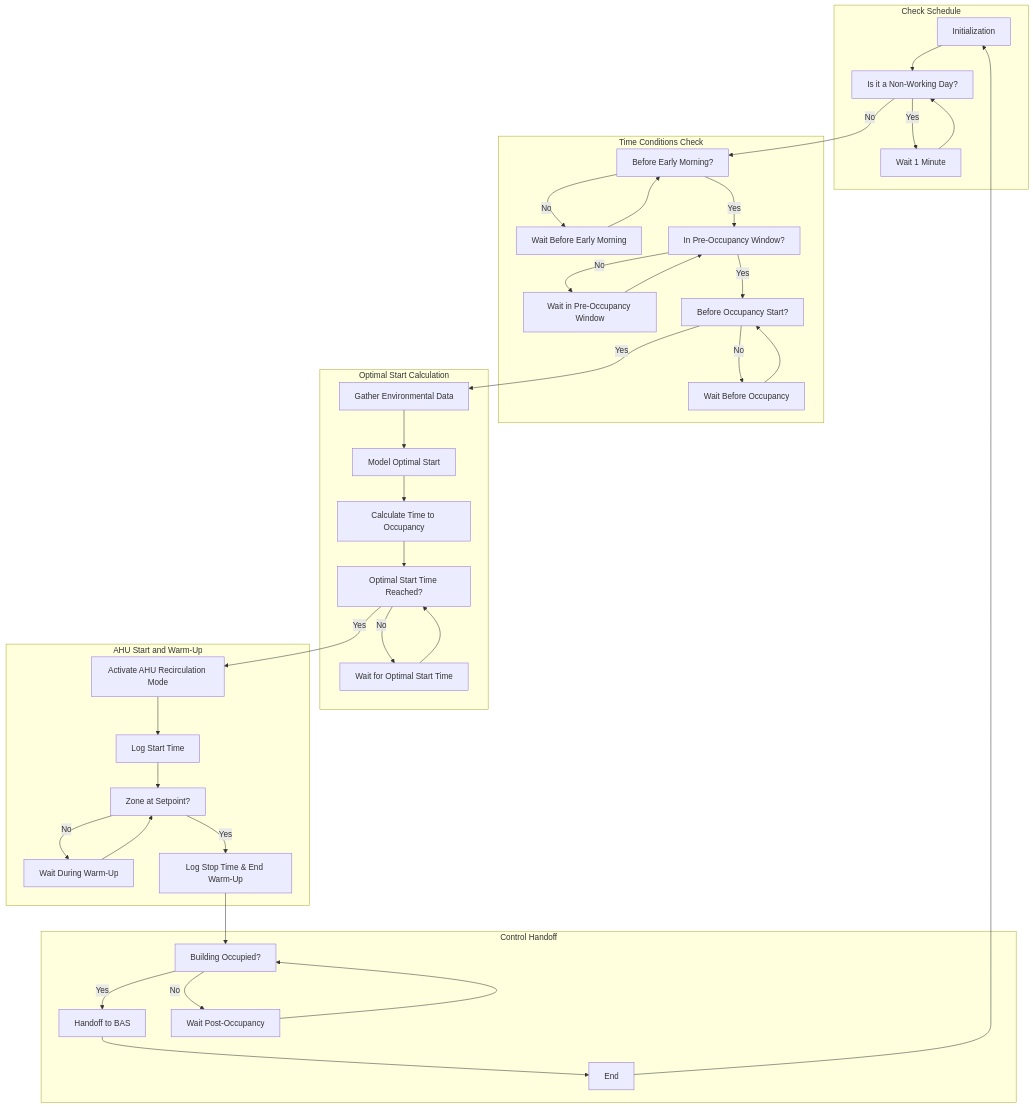
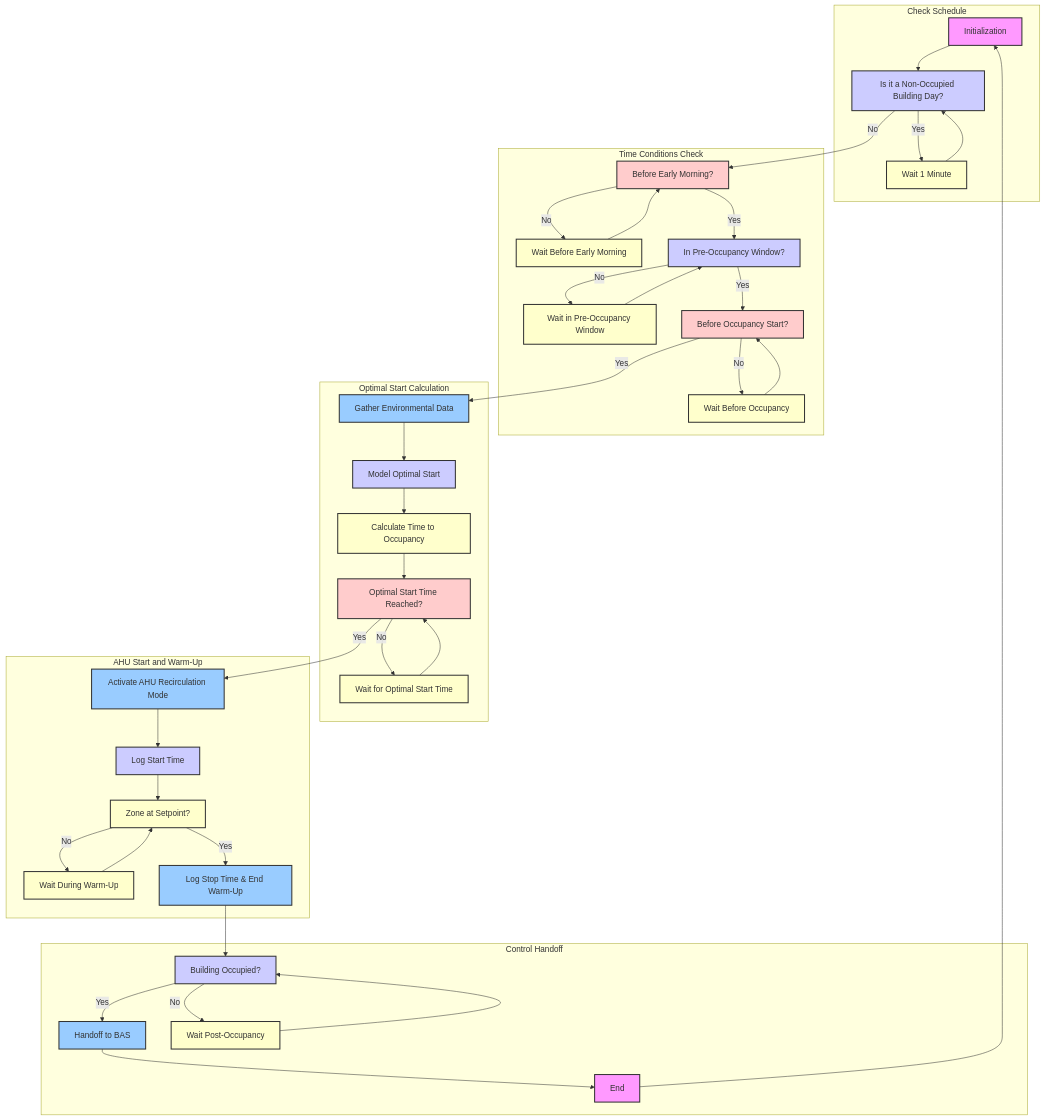
Before and after one commit to bbartling/OptimalStartStopHvac: the diagram in OptimalStartStop/README.md, drawn with Mermaid. The commit also changed 2 other files, not shown here.

Commit message:
upadated mermaid diagrams

````diff
--- a/OptimalStartStop/README.md
+++ b/OptimalStartStop/README.md
@@ -10,52 +10,83 @@
 ```mermaid
 graph TD
 
-    subgraph CheckSchedule["Check Schedule"]
-        Initialization[Initialization] --> NonWorkingDayCheck["Is it a Non-Working Day?"]
-        NonWorkingDayCheck -->|Yes| WaitNonWorking["Wait 1 Minute"]
-        WaitNonWorking --> NonWorkingDayCheck
-    end
+%% Check Schedule Subgraph
+subgraph CheckSchedule["Check Schedule"]
+    Initialization[Initialization] --> NonWorkingDayCheck["Is it a Non-Occupied Building Day?"]
+    NonWorkingDayCheck -->|Yes| WaitNonWorking["Wait 1 Minute"]
+    WaitNonWorking --> NonWorkingDayCheck
+end
 
-    subgraph TimeConditionsCheck["Time Conditions Check"]
-        NonWorkingDayCheck -->|No| BeforeEarlyMorningCheck["Before Early Morning?"]
-        BeforeEarlyMorningCheck -->|No| WaitBeforeEarlyMorning["Wait Before Early Morning"]
-        WaitBeforeEarlyMorning --> BeforeEarlyMorningCheck
+%% Time Conditions Check Subgraph
+subgraph TimeConditionsCheck["Time Conditions Check"]
+    NonWorkingDayCheck -->|No| BeforeEarlyMorningCheck["Before Early Morning?"]
+    BeforeEarlyMorningCheck -->|No| WaitBeforeEarlyMorning["Wait Before Early Morning"]
+    WaitBeforeEarlyMorning --> BeforeEarlyMorningCheck
 
-        BeforeEarlyMorningCheck -->|Yes| PreOccupancyWindowCheck["In Pre-Occupancy Window?"]
-        PreOccupancyWindowCheck -->|No| WaitPreOccupancyWindow["Wait in Pre-Occupancy Window"]
-        WaitPreOccupancyWindow --> PreOccupancyWindowCheck
+    BeforeEarlyMorningCheck -->|Yes| PreOccupancyWindowCheck["In Pre-Occupancy Window?"]
+    PreOccupancyWindowCheck -->|No| WaitPreOccupancyWindow["Wait in Pre-Occupancy Window"]
+    WaitPreOccupancyWindow --> PreOccupancyWindowCheck
 
-        PreOccupancyWindowCheck -->|Yes| BeforeOccupancyStartCheck["Before Occupancy Start?"]
-        BeforeOccupancyStartCheck -->|No| WaitBeforeOccupancy["Wait Before Occupancy"]
-        WaitBeforeOccupancy --> BeforeOccupancyStartCheck
-    end
+    PreOccupancyWindowCheck -->|Yes| BeforeOccupancyStartCheck["Before Occupancy Start?"]
+    BeforeOccupancyStartCheck -->|No| WaitBeforeOccupancy["Wait Before Occupancy"]
+    WaitBeforeOccupancy --> BeforeOccupancyStartCheck
+end
 
-    subgraph OptimalStartCalculation["Optimal Start Calculation"]
-        BeforeOccupancyStartCheck -->|Yes| GatherEnvironmentalData["Gather Environmental Data"]
-        GatherEnvironmentalData --> ModelOptimalStart["Model Optimal Start"]
-        ModelOptimalStart --> CalculateTimeToOccupancy["Calculate Time to Occupancy"]
-        CalculateTimeToOccupancy --> OptimalStartTimeReachedCheck["Optimal Start Time Reached?"]
-        OptimalStartTimeReachedCheck -->|No| WaitOptimalStartTime["Wait for Optimal Start Time"]
-        WaitOptimalStartTime --> OptimalStartTimeReachedCheck
-    end
+%% Optimal Start Calculation Subgraph
+subgraph OptimalStartCalculation["Optimal Start Calculation"]
+    BeforeOccupancyStartCheck -->|Yes| GatherEnvironmentalData["Gather Environmental Data"]
+    GatherEnvironmentalData --> ModelOptimalStart["Model Optimal Start"]
+    ModelOptimalStart --> CalculateTimeToOccupancy["Calculate Time to Occupancy"]
+    CalculateTimeToOccupancy --> OptimalStartTimeReachedCheck["Optimal Start Time Reached?"]
+    OptimalStartTimeReachedCheck -->|No| WaitOptimalStartTime["Wait for Optimal Start Time"]
+    WaitOptimalStartTime --> OptimalStartTimeReachedCheck
+end
 
-    subgraph AHUStartAndWarmUp["AHU Start and Warm-Up"]
-        OptimalStartTimeReachedCheck -->|Yes| ActivateAHURecirculation["Activate AHU Recirculation Mode"]
-        ActivateAHURecirculation --> LogStartTime["Log Start Time"]
-        LogStartTime --> ZoneAtSetpointCheck["Zone at Setpoint?"]
-        ZoneAtSetpointCheck -->|No| WaitDuringWarmUp["Wait During Warm-Up"]
-        ZoneAtSetpointCheck -->|Yes| LogStopTimeAndEndWarmUp["Log Stop Time & End Warm-Up"]
-        WaitDuringWarmUp --> ZoneAtSetpointCheck
-    end
+%% AHU Start and Warm-Up Subgraph
+subgraph AHUStartAndWarmUp["AHU Start and Warm-Up"]
+    OptimalStartTimeReachedCheck -->|Yes| ActivateAHURecirculation["Activate AHU Recirculation Mode"]
+    ActivateAHURecirculation --> LogStartTime["Log Start Time"]
+    LogStartTime --> ZoneAtSetpointCheck["Zone at Setpoint?"]
+    ZoneAtSetpointCheck -->|No| WaitDuringWarmUp["Wait During Warm-Up"]
+    ZoneAtSetpointCheck -->|Yes| LogStopTimeAndEndWarmUp["Log Stop Time & End Warm-Up"]
+    WaitDuringWarmUp --> ZoneAtSetpointCheck
+end
 
-    subgraph ControlHandoff["Control Handoff"]
-        LogStopTimeAndEndWarmUp --> BuildingOccupiedCheck["Building Occupied?"]
-        BuildingOccupiedCheck -->|Yes| HandoffToBAS["Handoff to BAS"]
-        BuildingOccupiedCheck -->|No| WaitPostOccupancy["Wait Post-Occupancy"]
-        WaitPostOccupancy --> BuildingOccupiedCheck
-        HandoffToBAS --> End[End]
-    end
+%% Control Handoff Subgraph
+subgraph ControlHandoff["Control Handoff"]
+    LogStopTimeAndEndWarmUp --> BuildingOccupiedCheck["Building Occupied?"]
+    BuildingOccupiedCheck -->|Yes| HandoffToBAS["Handoff to BAS"]
+    BuildingOccupiedCheck -->|No| WaitPostOccupancy["Wait Post-Occupancy"]
+    WaitPostOccupancy --> BuildingOccupiedCheck
+    HandoffToBAS --> End[End]
+end
 
-    End --> Initialization
+%% Loopback
+End --> Initialization
+
+%% Styles for Highlighting
+style Initialization fill:#f9f,stroke:#333,stroke-width:2px
+style NonWorkingDayCheck fill:#ccf,stroke:#333,stroke-width:2px
+style WaitNonWorking fill:#ffc,stroke:#333,stroke-width:2px
+style BeforeEarlyMorningCheck fill:#fcc,stroke:#333,stroke-width:2px
+style WaitBeforeEarlyMorning fill:#ffc,stroke:#333,stroke-width:2px
+style PreOccupancyWindowCheck fill:#ccf,stroke:#333,stroke-width:2px
+style WaitPreOccupancyWindow fill:#ffc,stroke:#333,stroke-width:2px
+style BeforeOccupancyStartCheck fill:#fcc,stroke:#333,stroke-width:2px
+style WaitBeforeOccupancy fill:#ffc,stroke:#333,stroke-width:2px
+style GatherEnvironmentalData fill:#9cf,stroke:#333,stroke-width:2px
+style ModelOptimalStart fill:#ccf,stroke:#333,stroke-width:2px
+style CalculateTimeToOccupancy fill:#ffc,stroke:#333,stroke-width:2px
+style OptimalStartTimeReachedCheck fill:#fcc,stroke:#333,stroke-width:2px
+style WaitOptimalStartTime fill:#ffc,stroke:#333,stroke-width:2px
+style ActivateAHURecirculation fill:#9cf,stroke:#333,stroke-width:2px
+style LogStartTime fill:#ccf,stroke:#333,stroke-width:2px
+style ZoneAtSetpointCheck fill:#ffc,stroke:#333,stroke-width:2px
+style WaitDuringWarmUp fill:#ffc,stroke:#333,stroke-width:2px
+style LogStopTimeAndEndWarmUp fill:#9cf,stroke:#333,stroke-width:2px
+style BuildingOccupiedCheck fill:#ccf,stroke:#333,stroke-width:2px
+style WaitPostOccupancy fill:#ffc,stroke:#333,stroke-width:2px
+style HandoffToBAS fill:#9cf,stroke:#333,stroke-width:2px
+style End fill:#f9f,stroke:#333,stroke-width:2px
 
 ```
````
